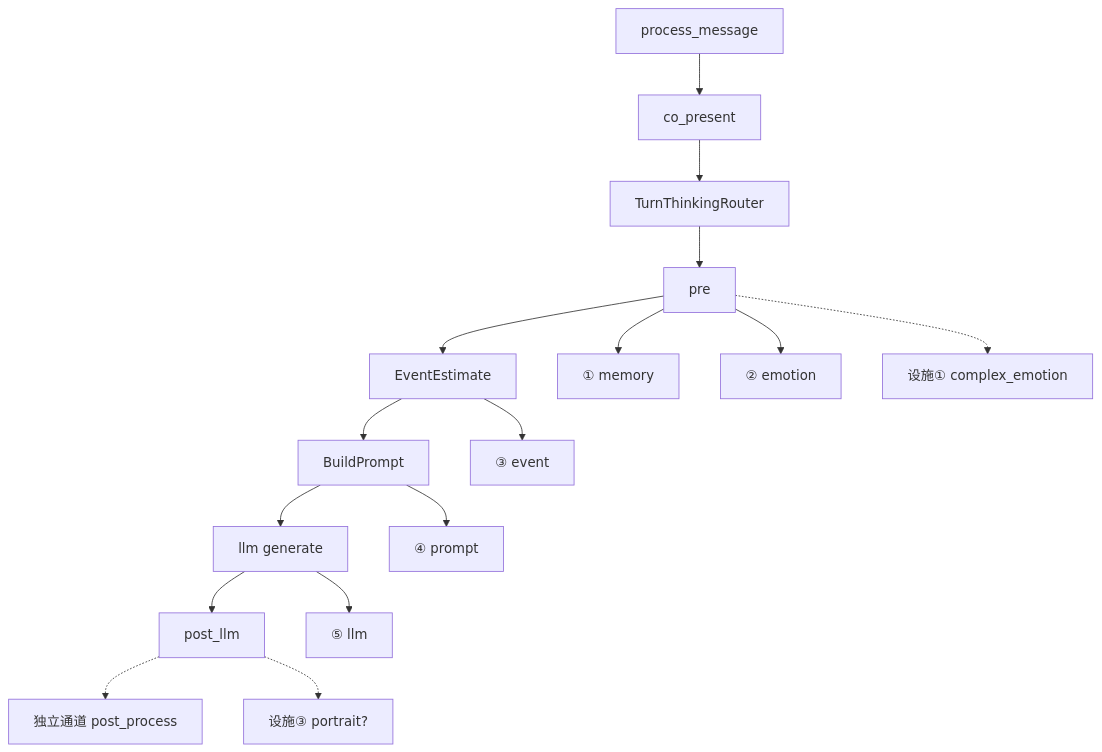
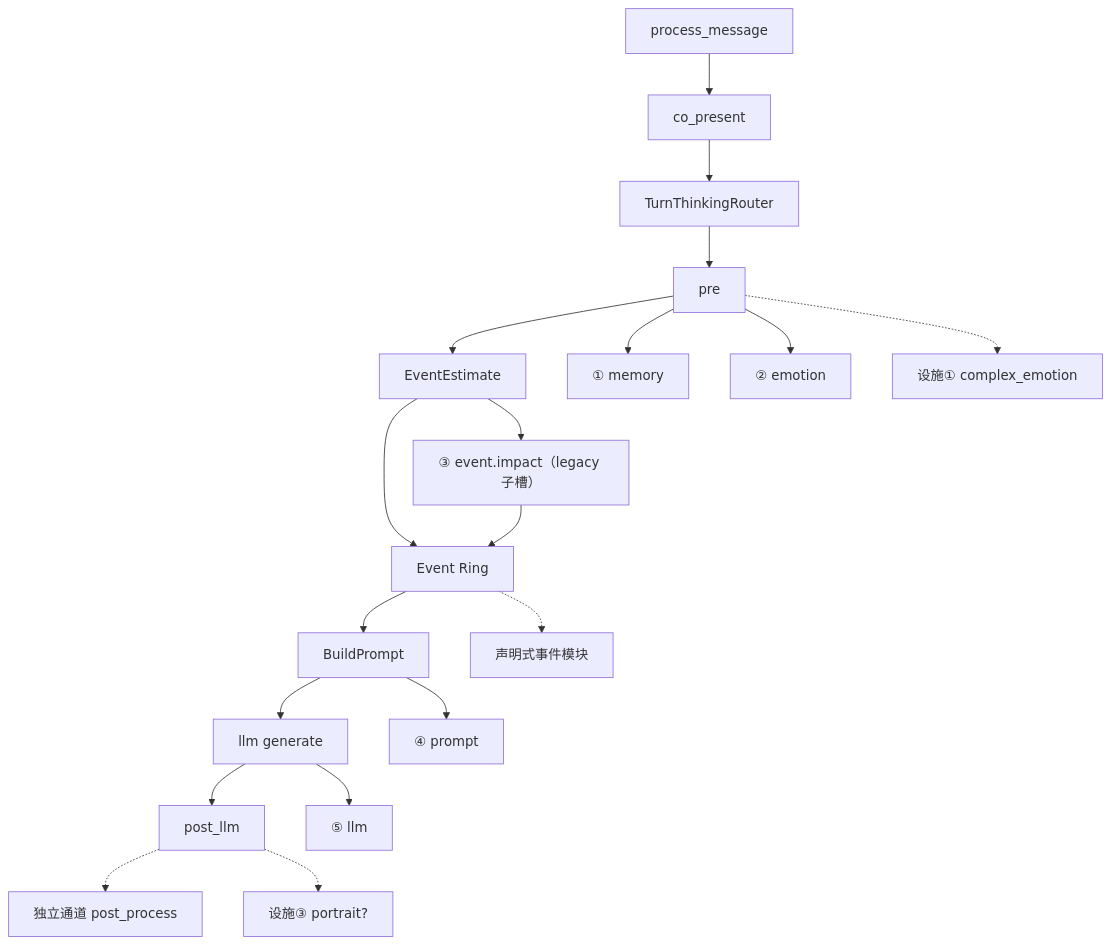
One commit to linkaiheng2233-cyber/oclivenewnew changed the diagram in handoff/MODULE_MAP_AND_HANDOFF.md. Above: the diagram before and after it, drawn with Mermaid. The commit also changed other lines of this file and 12 other files, not shown here.

First line of the commit message:
feat(kernel): establish the generic Event Ring

````diff
--- a/handoff/MODULE_MAP_AND_HANDOFF.md
+++ b/handoff/MODULE_MAP_AND_HANDOFF.md
@@ -353,21 +354,23 @@
 ```mermaid
 flowchart TB
   PM["process_message"]
   CO["co_present"]
   TT["TurnThinkingRouter"]
   PRE["pre"]
   EV["EventEstimate"]
+  ER["Event Ring"]
   BP["BuildPrompt"]
   GEN["llm generate"]
   PST["post_llm"]
 
-  PM --> CO --> TT --> PRE --> EV --> BP --> GEN --> PST
+  PM --> CO --> TT --> PRE --> EV --> ER --> BP --> GEN --> PST
 
   PRE --> M1["① memory"] & M2["② emotion"]
-  EV --> M3["③ event"]
+  EV --> M3["③ event.impact（legacy 子槽）"] --> ER
+  ER -.-> EM["声明式事件模块"]
   BP --> M4["④ prompt"]
   GEN --> M5["⑤ llm"]
   PRE -.-> F1["设施① complex_emotion"]
   PST -.-> SC["独立通道 post_process"]
   PST -.-> F3["设施③ portrait?"]
 ```
````
